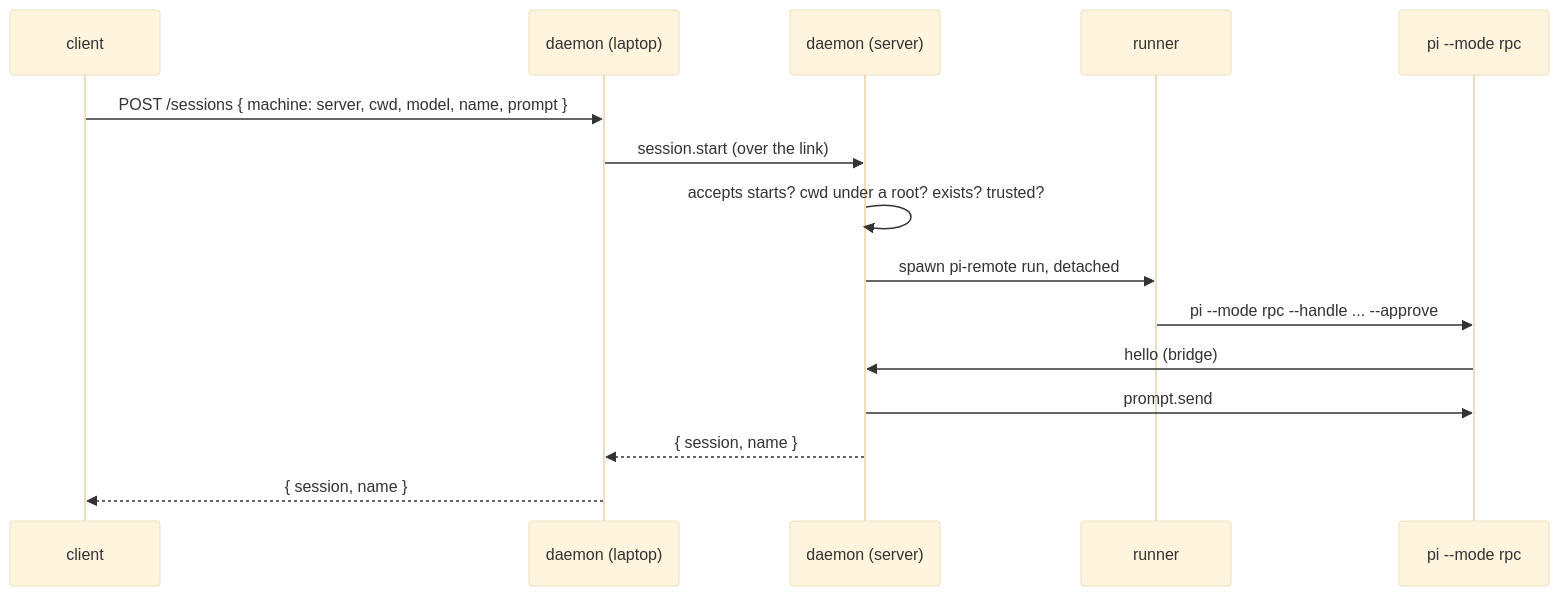
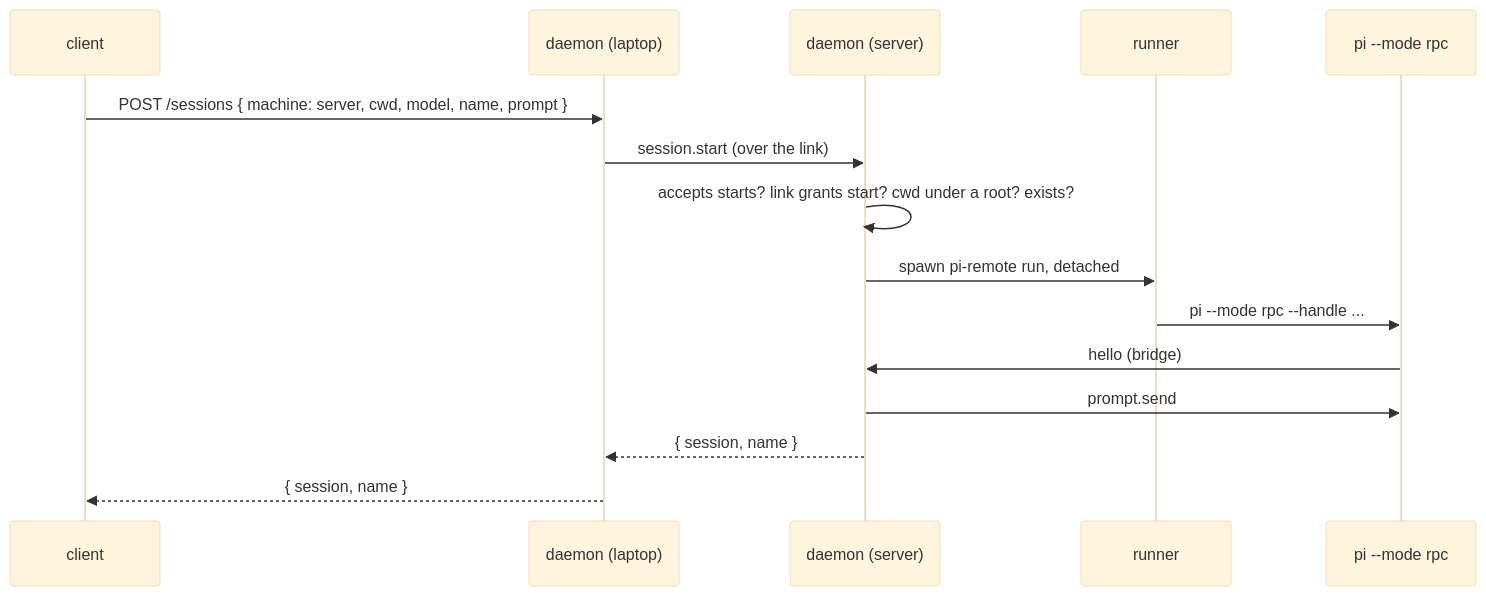
One commit to felipeadeildo/pi-harness changed the third of 4 diagrams in docs/remote.md. Above: the diagram before and after it, drawn with Mermaid (base theme). The commit also changed other lines of this file and 1 other file, not shown here.

````diff
--- a/docs/remote.md
+++ b/docs/remote.md
@@ -346,17 +364,17 @@
 ```mermaid
 sequenceDiagram
   participant C as client
   participant D1 as daemon (laptop)
   participant D2 as daemon (server)
   participant R as runner
   participant S as pi --mode rpc
   C->>D1: POST /sessions { machine: server, cwd, model, name, prompt }
   D1->>D2: session.start (over the link)
-  D2->>D2: accepts starts? cwd under a root? exists? trusted?
+  D2->>D2: accepts starts? link grants start? cwd under a root? exists?
   D2->>R: spawn pi-remote run, detached
-  R->>S: pi --mode rpc --handle ... --approve
+  R->>S: pi --mode rpc --handle ...
   S->>D2: hello (bridge)
   D2->>S: prompt.send
   D2-->>D1: { session, name }
   D1-->>C: { session, name }
 ```
````
